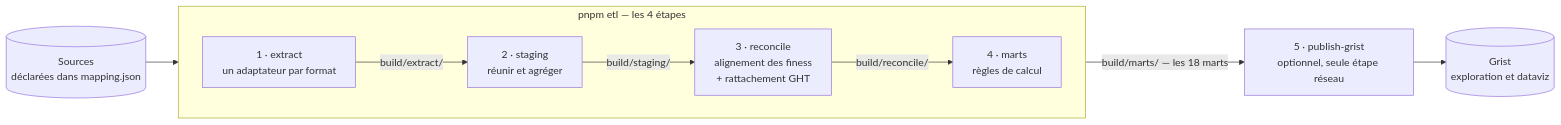
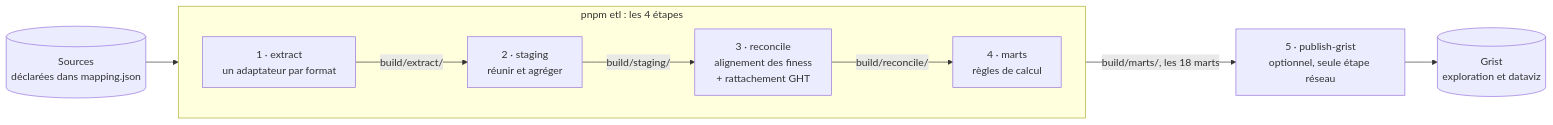
The diagram in apps/datahub/README.md (betagouv/transport-sanitaire), drawn with Mermaid before and after one commit. The commit also changed other lines of this file and 2 other files, not shown here.

````diff
--- a/apps/datahub/README.md
+++ b/apps/datahub/README.md
@@ -21,19 +22,19 @@
 ```mermaid
 flowchart LR
     SRC[("Sources<br/>déclarées dans mapping.json")]
 
-    subgraph ETL["pnpm etl — les 4 étapes"]
+    subgraph ETL["pnpm etl : les 4 étapes"]
         direction LR
         E["1 · extract<br/>un adaptateur par format"]
         S["2 · staging<br/>réunir et agréger"]
         R["3 · reconcile<br/>alignement des finess<br/>+ rattachement GHT"]
         M["4 · marts<br/>règles de calcul"]
         E -->|"build/extract/"| S -->|"build/staging/"| R -->|"build/reconcile/"| M
     end
 
     P["5 · publish-grist<br/>optionnel, seule étape réseau"]
     G[("Grist<br/>exploration et dataviz")]
 
     SRC --> E
-    M -->|"build/marts/ — les 18 marts"| P --> G
+    M -->|"build/marts/, les 18 marts"| P --> G
 ```
````
